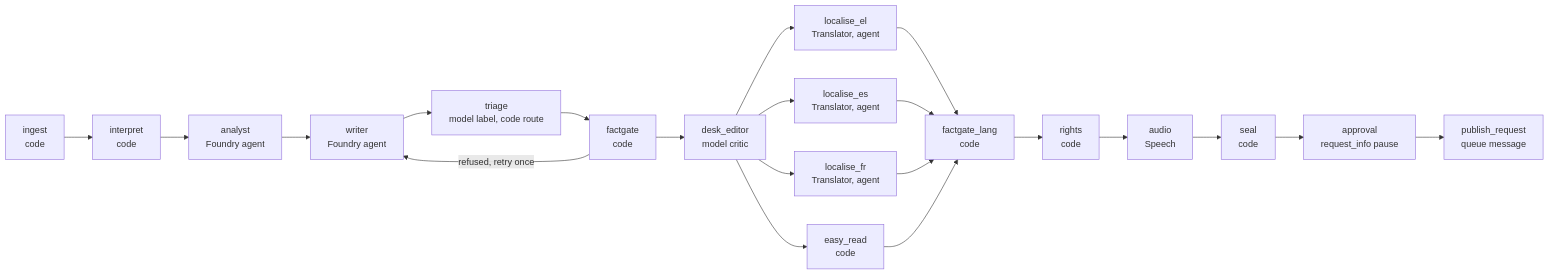
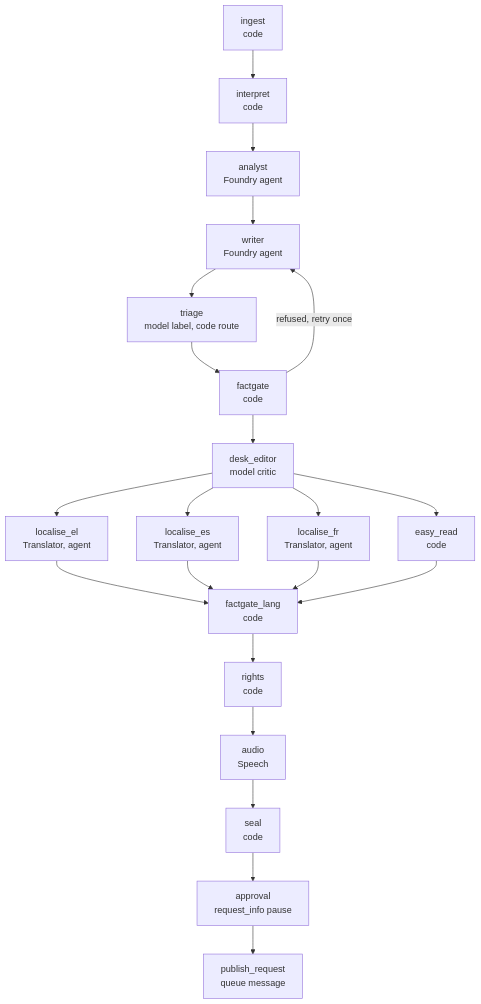
One commit to upgradedev/agon-azure changed the third of 3 diagrams in README.md. Above: the diagram before and after it, drawn with Mermaid. The commit also changed other lines of this file, not shown here.

Commit message:
docs(readme): narrower diagrams, so the architecture, the process flow and the workflow graph read at GitHub's page width

````diff
--- a/README.md
+++ b/README.md
@@ -207,26 +200,26 @@
 ```mermaid
-flowchart LR
+flowchart TB
   ingest["ingest<br/>code"]
   interpret["interpret<br/>code"]
   analyst["analyst<br/>Foundry agent"]
   writer["writer<br/>Foundry agent"]
   triage["triage<br/>model label, code route"]
   factgate["factgate<br/>code"]
   desk["desk_editor<br/>model critic"]
   el["localise_el<br/>Translator, agent"]
   es["localise_es<br/>Translator, agent"]
   fr["localise_fr<br/>Translator, agent"]
   easy["easy_read<br/>code"]
   lang["factgate_lang<br/>code"]
   rights["rights<br/>code"]
   audio["audio<br/>Speech"]
   seal["seal<br/>code"]
   approval["approval<br/>request_info pause"]
   publish["publish_request<br/>queue message"]
   ingest --> interpret --> analyst --> writer --> triage --> factgate
   factgate -->|"refused, retry once"| writer
   factgate --> desk
   desk --> el & es & fr & easy
   el & es & fr & easy --> lang
   lang --> rights --> audio --> seal --> approval --> publish
 ```
````
